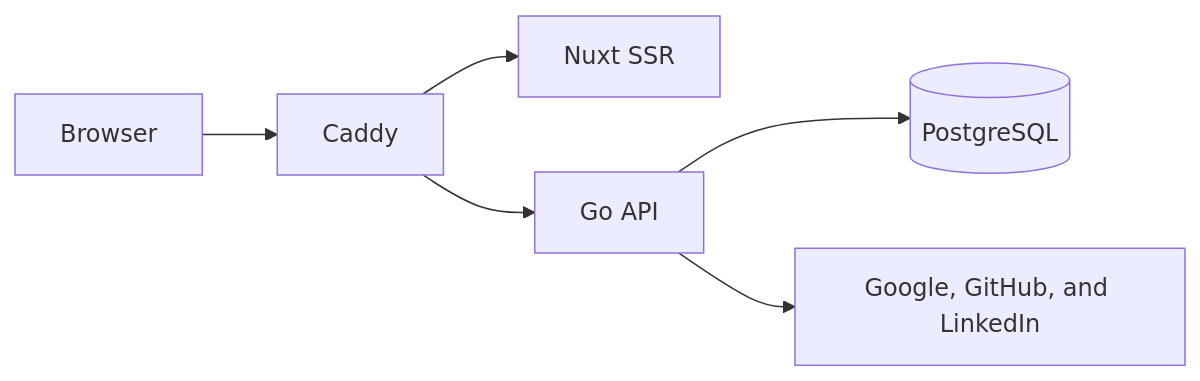
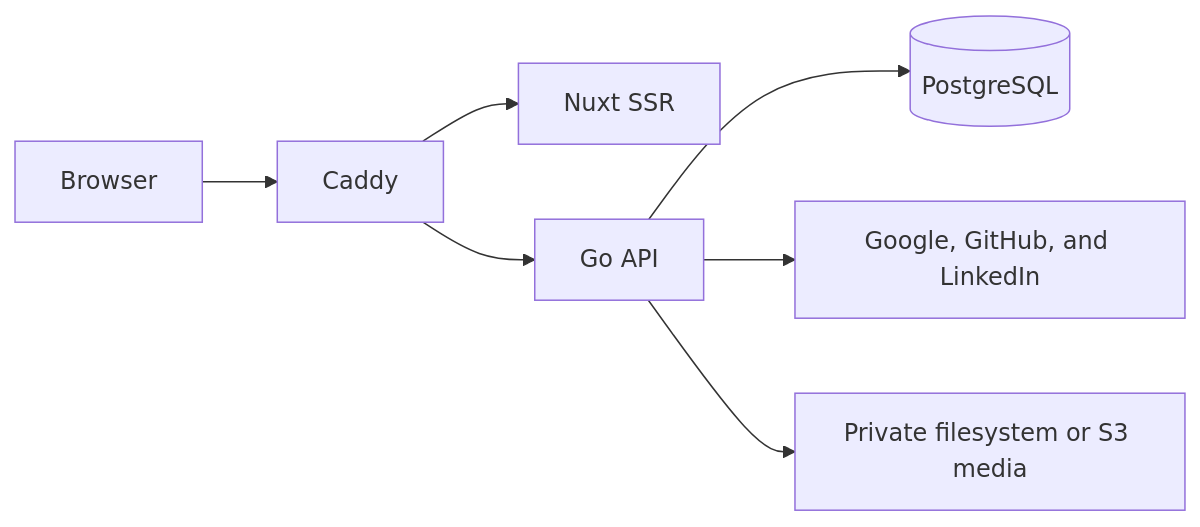
Before and after one commit to dannyota/aboutme: the diagram in docs/architecture.md, drawn with Mermaid. The commit also changed other lines of this file and 68 other files, not shown here.

````diff
--- a/docs/architecture.md
+++ b/docs/architecture.md
@@ -9,8 +9,9 @@
 ```mermaid
 graph LR
     B[Browser] --> C[Caddy]
     C --> W[Nuxt SSR]
     C --> G[Go API]
     G --> P[(PostgreSQL)]
     G --> O[Google, GitHub, and LinkedIn]
+    G --> M[Private filesystem or S3 media]
 ```
````
